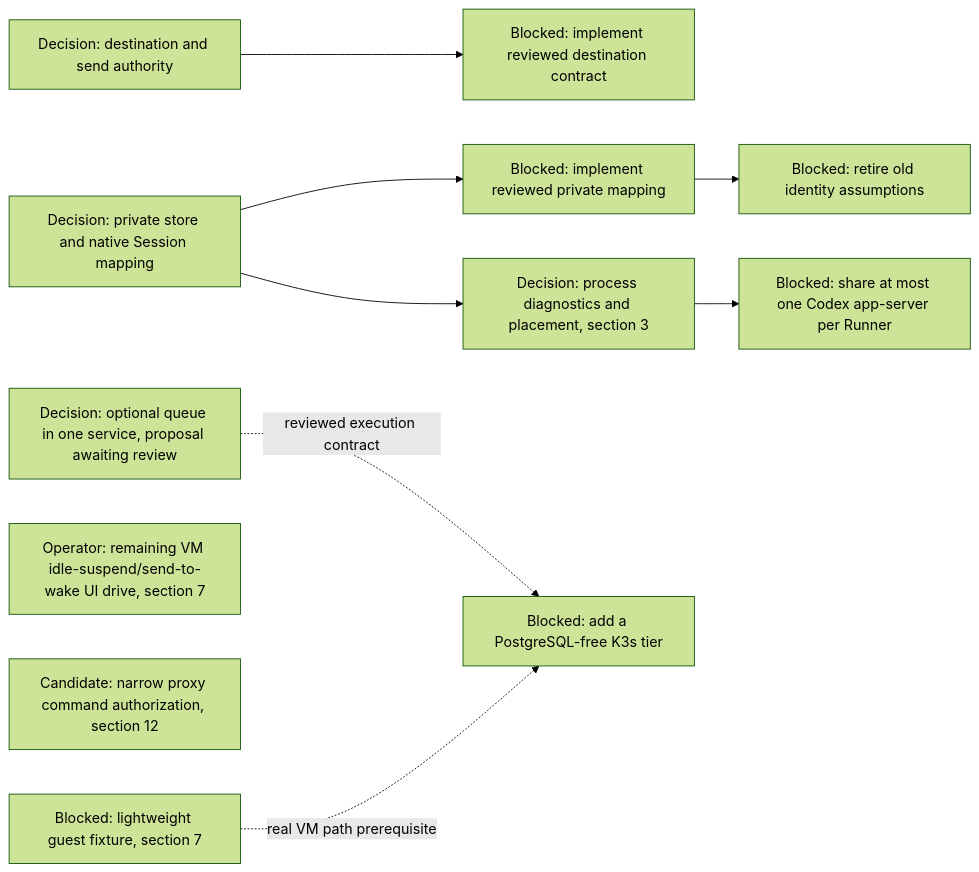
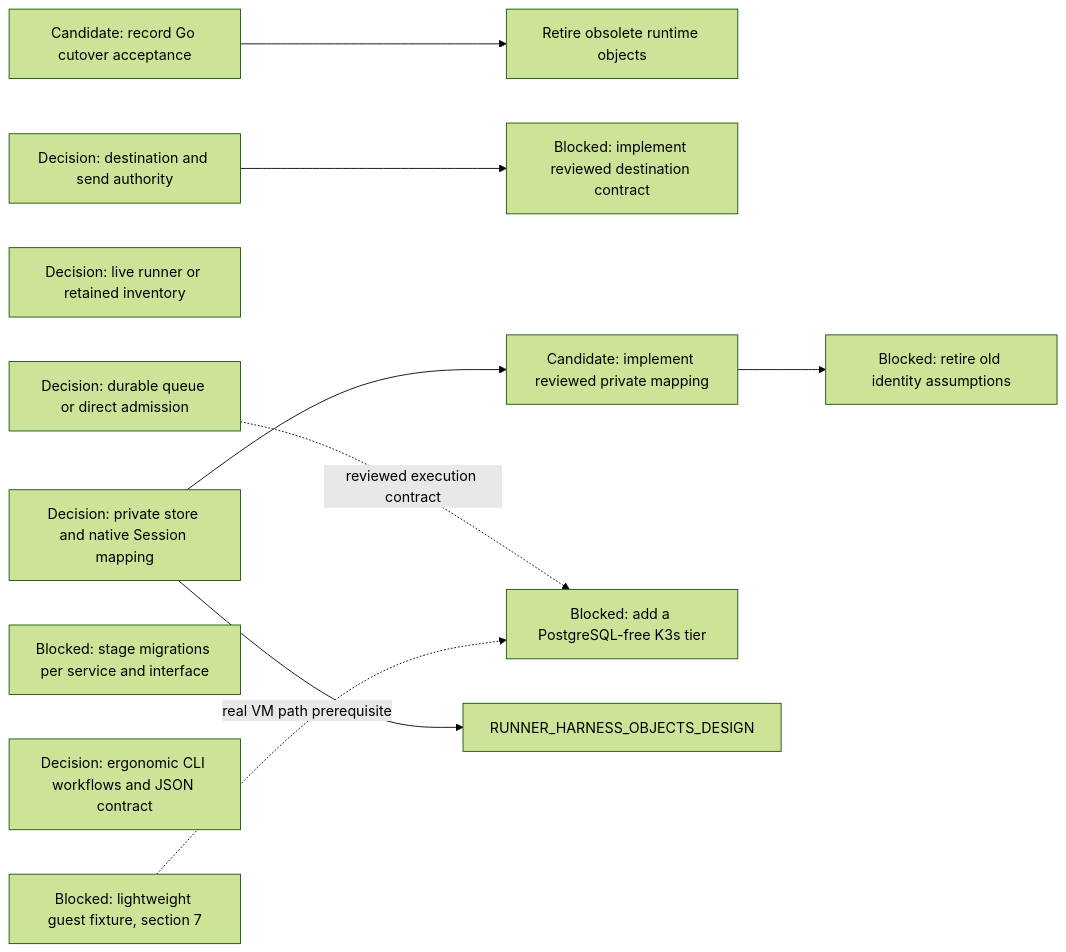
Before and after one commit to agentydragon/ducktape: diagram 16 of 16 in agentplane/plans/task_dag.md, drawn with Mermaid (forest theme). The commit also changed other lines of this file, not shown here.

Commit message:
agentplane: track model-change context budget bug in DAG

````diff
--- a/agentplane/plans/task_dag.md
+++ b/agentplane/plans/task_dag.md
@@ -1724,21 +1742,23 @@
 ```mermaid
 flowchart LR
-    DISPATCHER_PERSISTENCE_MODEL_DESIGN[Decision: optional queue in one service, proposal awaiting review]
+    DISPATCHER_PERSISTENCE_MODEL_DESIGN[Decision: durable queue or direct admission]
+    DELIVERY_UNIFIED_CUTOVER[Candidate: record Go cutover acceptance]
+    DELIVERY_OLD_RUNTIME_RETIRE[Retire obsolete runtime objects]
+    RUNNER_INVENTORY_AUTHORITY_DESIGN[Decision: live runner or retained inventory]
     DELIVERY_DESTINATION_AUTHORITY_DESIGN[Decision: destination and send authority]
     DELIVERY_DESTINATION_CONTRACT[Blocked: implement reviewed destination contract]
     HARNESS_IDENTITY_DESIGN[Decision: private store and native Session mapping]
-    RUNNER_STORE_SESSION_IDENTITY[Blocked: implement reviewed private mapping]
+    RUNNER_STORE_SESSION_IDENTITY[Candidate: implement reviewed private mapping]
     RUNNER_IDENTITY_LEGACY_CLEANUP[Blocked: retire old identity assumptions]
-    IDLE_SUSPEND_UI_DRIVE[Operator: remaining VM idle-suspend/send-to-wake UI drive, section 7]
-    PROXY_START_METHODS_DISPATCHER_ONLY[Candidate: narrow proxy command authorization, section 12]
-    RUNNER_HARNESS_OBJECTS_DESIGN[Decision: process diagnostics and placement, section 3]
+    SERVICE_API_TRANSPORT_MIGRATIONS[Blocked: stage migrations per service and interface]
+    AGENT_API_TOOLING_DESIGN[Decision: ergonomic CLI workflows and JSON contract]
     CNPG_FREE_K3S_INTEGRATION_TIER[Blocked: add a PostgreSQL-free K3s tier]
     K3S_VM_IMAGE[Blocked: lightweight guest fixture, section 7]
+    DELIVERY_UNIFIED_CUTOVER --> DELIVERY_OLD_RUNTIME_RETIRE
     DELIVERY_DESTINATION_AUTHORITY_DESIGN --> DELIVERY_DESTINATION_CONTRACT
     RUNNER_STORE_SESSION_IDENTITY --> RUNNER_IDENTITY_LEGACY_CLEANUP
     HARNESS_IDENTITY_DESIGN --> RUNNER_STORE_SESSION_IDENTITY
     HARNESS_IDENTITY_DESIGN --> RUNNER_HARNESS_OBJECTS_DESIGN
-    RUNNER_HARNESS_OBJECTS_DESIGN --> RUNNER_CODEX_SHARED_PROCESS[Blocked: share at most one Codex app-server per Runner]
     DISPATCHER_PERSISTENCE_MODEL_DESIGN -. reviewed execution contract .-> CNPG_FREE_K3S_INTEGRATION_TIER
     K3S_VM_IMAGE -. real VM path prerequisite .-> CNPG_FREE_K3S_INTEGRATION_TIER
 ```
````
